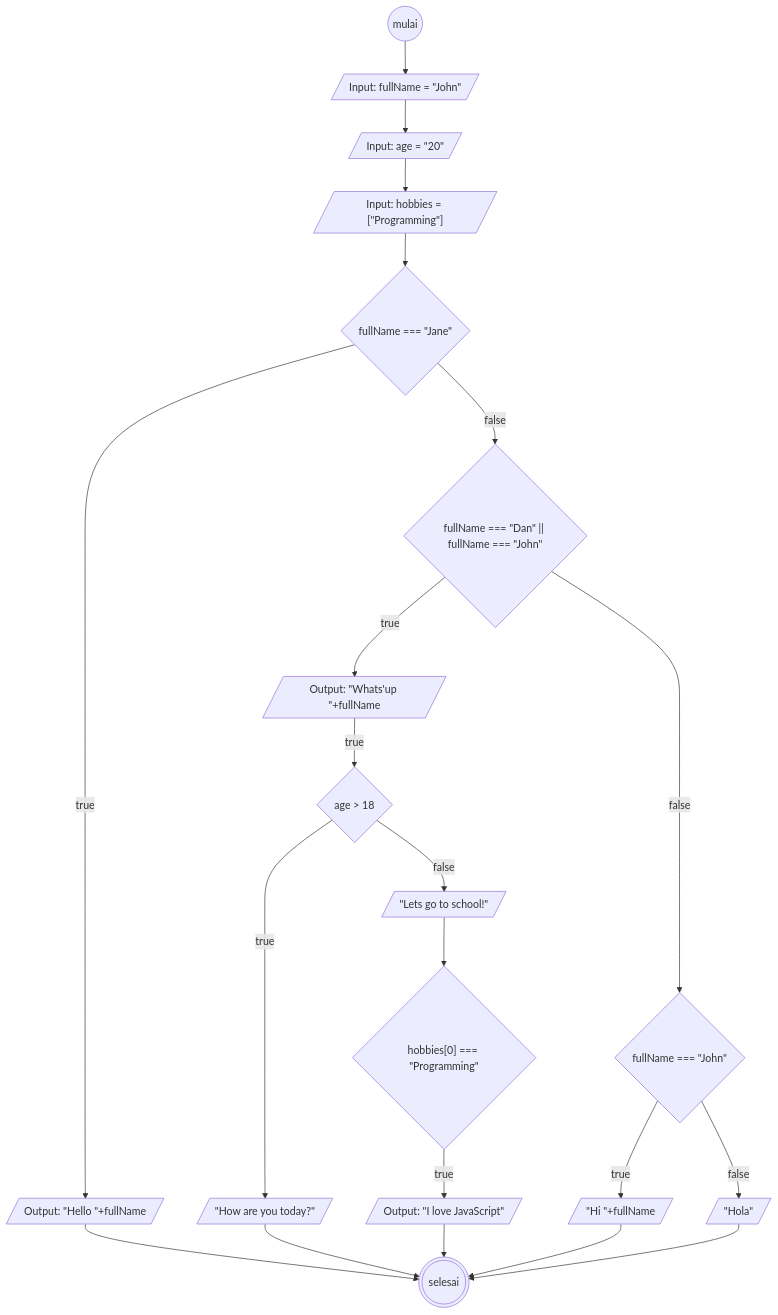
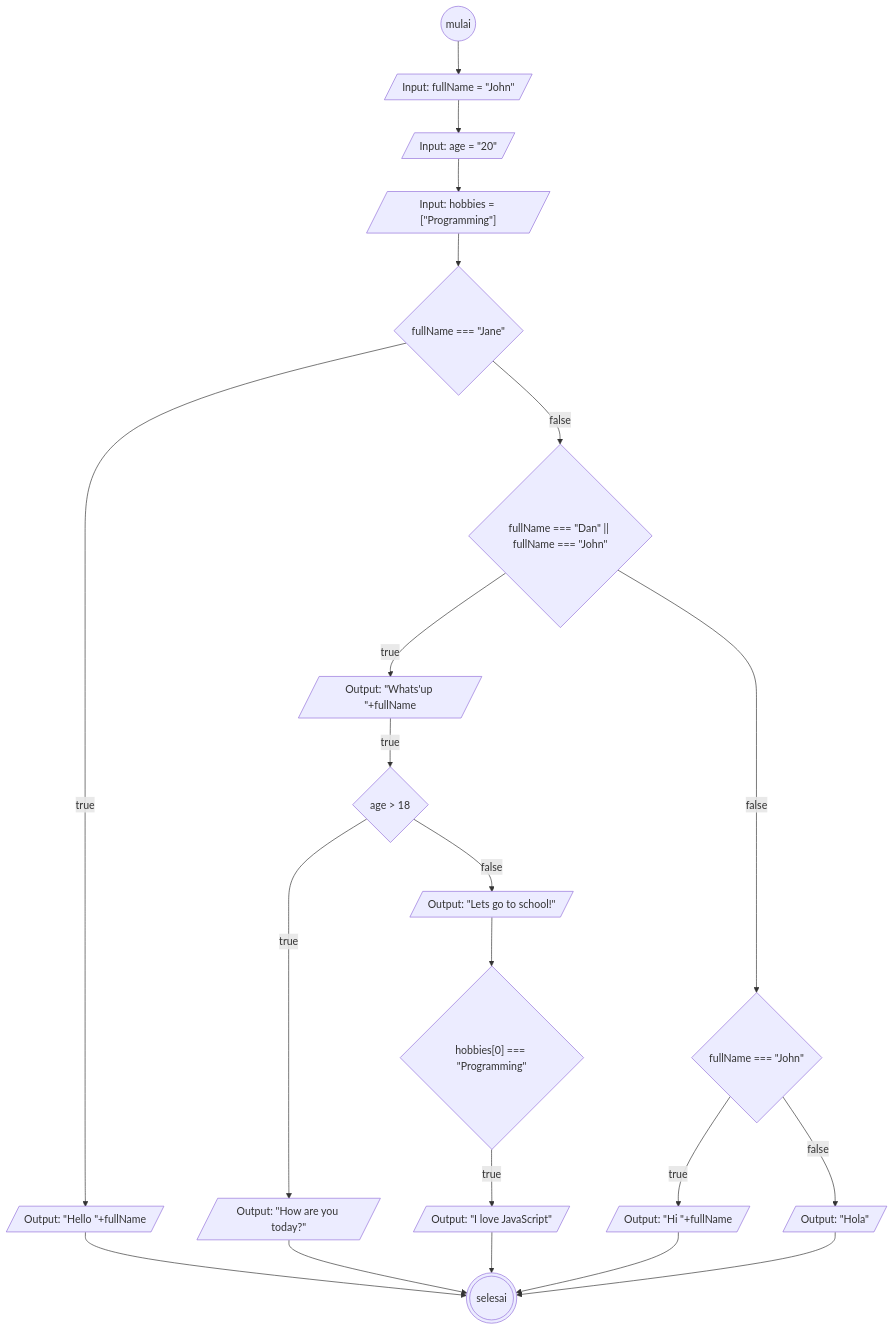
One commit to alhilalfathi/koda-b6-javascript1 changed the diagram in task3.md. Above: the diagram before and after it, drawn with Mermaid.

````diff
--- a/task3.md
+++ b/task3.md
@@ -1,42 +1,42 @@
 ```mermaid
 flowchart TD
     mulai@{ shape: circle}
     inputName@{ shape: lean-r, label: "Input: fullName = #quot;John#quot;"}
     inputAge@{ shape: lean-r, label: "Input: age = #quot;20#quot;"}
     inputHobbies@{ shape: lean-r, label: "Input: hobbies = [#quot;Programming#quot;]"}
 
     ifJane@{ shape: diamond, label: "fullName === #quot;Jane#quot;"}
 
     trueJane@{ shape: lean-r, label: "Output: #quot;Hello #quot;+fullName"}
 
     falseJane@{ shape: diamond, label: "fullName === #quot;Dan#quot; || fullName === #quot;John#quot;"}
 
     trueDan1@{ shape: lean-r, label: "Output: #quot;Whats'up #quot;+fullName"}
 
     ifAge@{ shape: diamond, label: "age > 18"}
-    ageTrue@{ shape: lean-r, label: "#quot;How are you today?#quot;"}
+    ageTrue@{ shape: lean-r, label: "Output: #quot;How are you today?#quot;"}
 
-    ageFalse@{ shape: lean-r, label: "#quot;Lets go to school!#quot;"}
+    ageFalse@{ shape: lean-r, label: "Output: #quot;Lets go to school!#quot;"}
 
     ifHobbies@{ shape: diamond, label: "hobbies[0] === #quot;Programming#quot;"}
 
     hobbiesTrue@{ shape: lean-r, label: "Output: #quot;I love JavaScript#quot;"}
 
     falseDan@{ shape: diamond, label: "fullName === #quot;John#quot;"}
 
-    trueJohn@{ shape: lean-r, label: "#quot;Hi #quot;+fullName"}
+    trueJohn@{ shape: lean-r, label: "Output: #quot;Hi #quot;+fullName"}
     
-    falseJohn@{ shape: lean-r, label: "#quot;Hola#quot;"}
+    falseJohn@{ shape: lean-r, label: "Output: #quot;Hola#quot;"}
     selesai@{ shape: dbl-circ}
 
 
     mulai-->inputName-->inputAge-->inputHobbies-->ifJane
     ifJane--true-->trueJane-->selesai
     ifJane--false-->falseJane--true-->trueDan1
     trueDan1--true-->ifAge
     ifAge--true-->ageTrue-->selesai
     ifAge--false-->ageFalse-->ifHobbies
     ifHobbies--true-->hobbiesTrue-->selesai
     falseJane--false-->falseDan--true-->trueJohn-->selesai
     falseDan--false-->falseJohn-->selesai
 ```
````
